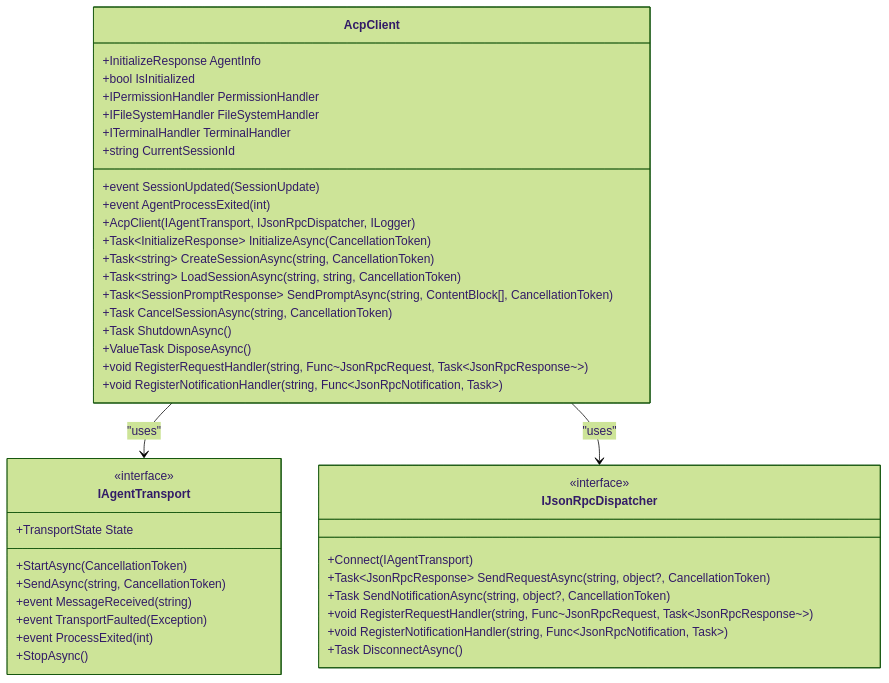
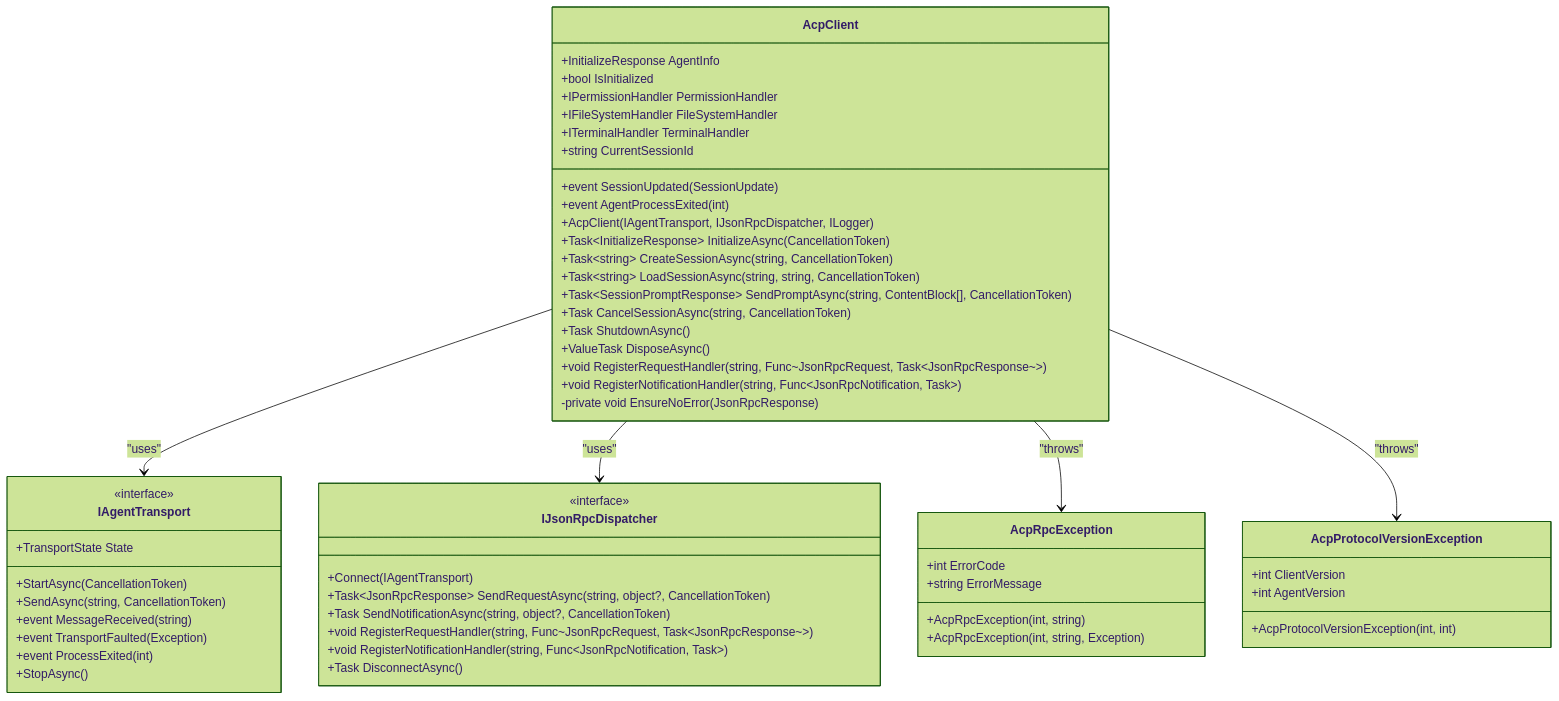
One commit to AgenticDesktop/ACPLibrary changed the third of 6 diagrams in .qoder/repowiki/en/content/Core Client API/AcpClient Implementation.md. Above: the diagram before and after it, drawn with Mermaid (forest theme). The commit also changed other lines of this file and 59 other files, not shown here.

````diff
--- a/.qoder/repowiki/en/content/Core Client API/AcpClient Implementation.md
+++ b/.qoder/repowiki/en/content/Core Client API/AcpClient Implementation.md
@@ -192,44 +232,58 @@
 ```mermaid
 classDiagram
 class AcpClient {
 +InitializeResponse AgentInfo
 +bool IsInitialized
 +IPermissionHandler PermissionHandler
 +IFileSystemHandler FileSystemHandler
 +ITerminalHandler TerminalHandler
 +event SessionUpdated(SessionUpdate)
 +event AgentProcessExited(int)
 +string CurrentSessionId
 +AcpClient(IAgentTransport, IJsonRpcDispatcher, ILogger)
 +Task~InitializeResponse~ InitializeAsync(CancellationToken)
 +Task~string~ CreateSessionAsync(string, CancellationToken)
 +Task~string~ LoadSessionAsync(string, string, CancellationToken)
 +Task~SessionPromptResponse~ SendPromptAsync(string, ContentBlock[], CancellationToken)
 +Task CancelSessionAsync(string, CancellationToken)
 +Task ShutdownAsync()
 +ValueTask DisposeAsync()
 +void RegisterRequestHandler(string, Func~JsonRpcRequest, Task~JsonRpcResponse~~)
 +void RegisterNotificationHandler(string, Func~JsonRpcNotification, Task~)
+-private void EnsureNoError(JsonRpcResponse)
+}
+class AcpRpcException {
++int ErrorCode
++string ErrorMessage
++AcpRpcException(int, string)
++AcpRpcException(int, string, Exception)
+}
+class AcpProtocolVersionException {
++int ClientVersion
++int AgentVersion
++AcpProtocolVersionException(int, int)
 }
 class IAgentTransport {
 <<interface>>
 +StartAsync(CancellationToken)
 +SendAsync(string, CancellationToken)
 +event MessageReceived(string)
 +event TransportFaulted(Exception)
 +event ProcessExited(int)
 +StopAsync()
 +TransportState State
 }
 class IJsonRpcDispatcher {
 <<interface>>
 +Connect(IAgentTransport)
 +Task~JsonRpcResponse~ SendRequestAsync(string, object?, CancellationToken)
 +Task SendNotificationAsync(string, object?, CancellationToken)
 +void RegisterRequestHandler(string, Func~JsonRpcRequest, Task~JsonRpcResponse~~)
 +void RegisterNotificationHandler(string, Func~JsonRpcNotification, Task~)
 +Task DisconnectAsync()
 }
 AcpClient --> IAgentTransport : "uses"
 AcpClient --> IJsonRpcDispatcher : "uses"
+AcpClient --> AcpRpcException : "throws"
+AcpClient --> AcpProtocolVersionException : "throws"
 ```
````
